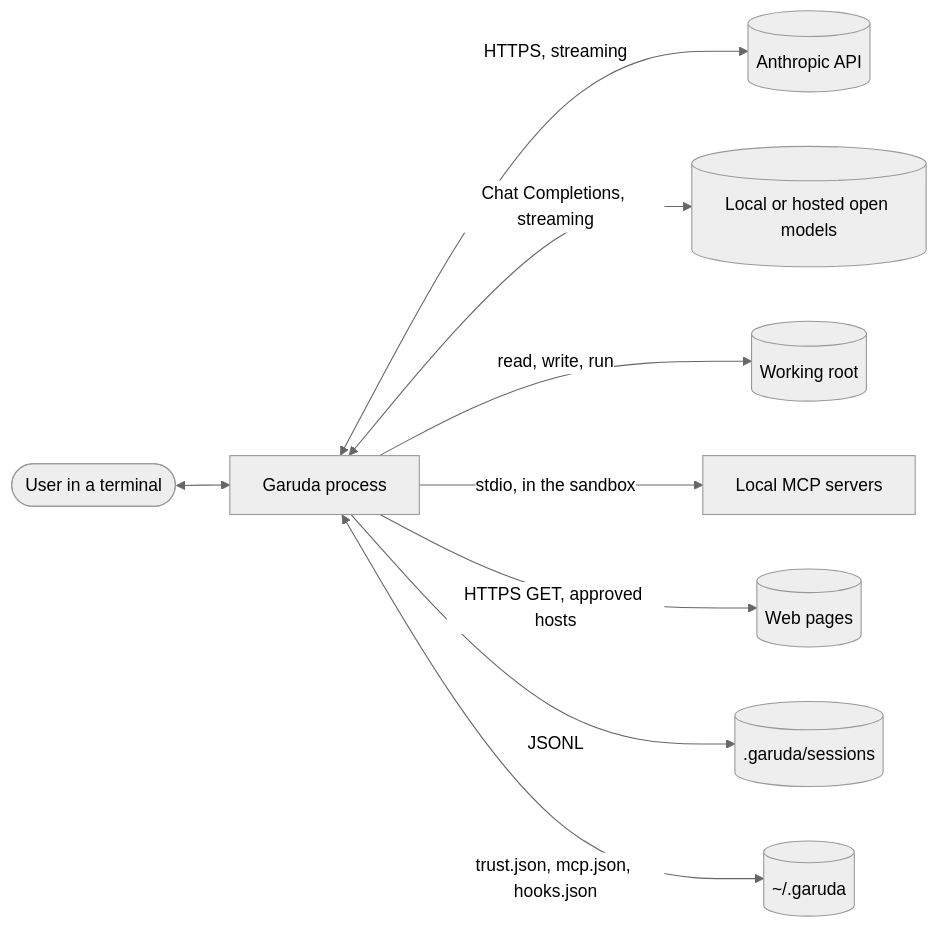
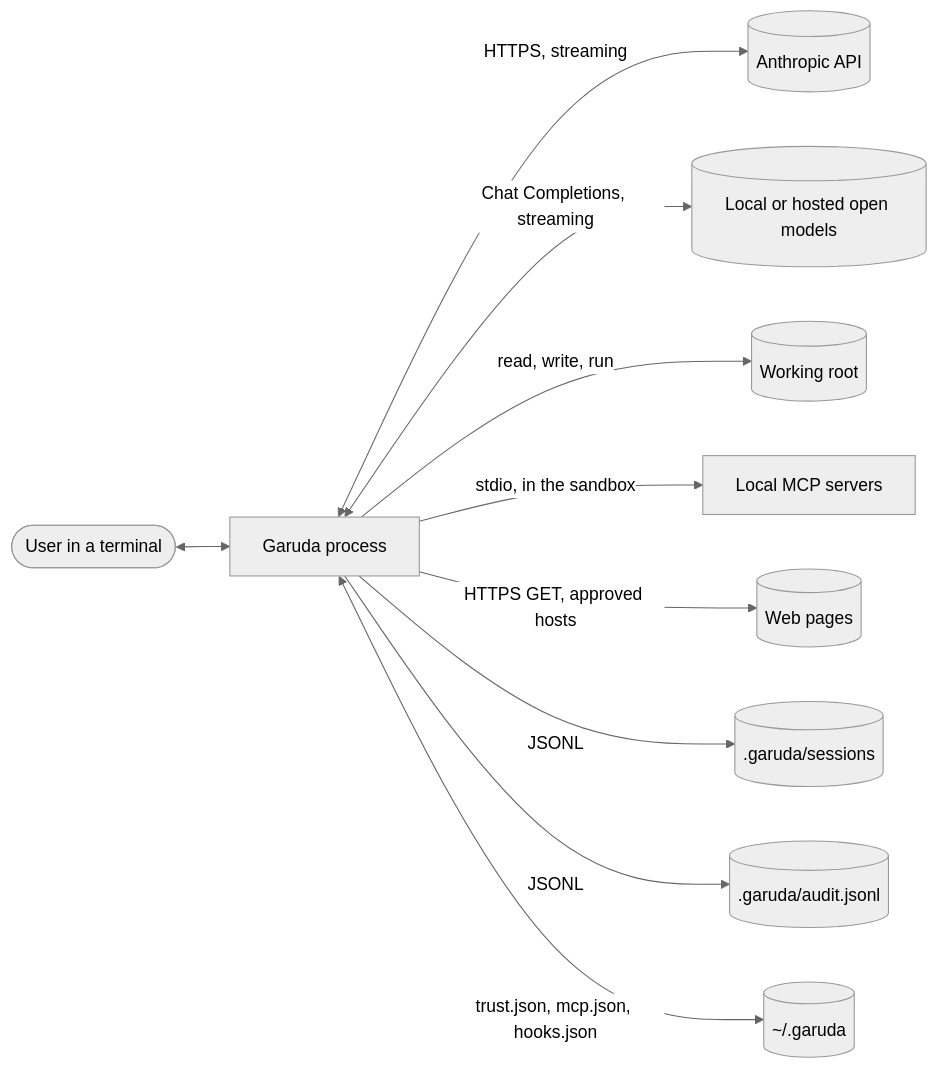
Before and after one commit to madhu-sv/garuda: the first of 3 diagrams in docs/architecture.md, drawn with Mermaid (neutral theme). The commit also changed other lines of this file and 22 other files, not shown here.

````diff
--- a/docs/architecture.md
+++ b/docs/architecture.md
@@ -12,11 +12,12 @@
 ```mermaid
 flowchart LR
   user([User in a terminal]) <--> garuda[Garuda process]
   garuda <-->|HTTPS, streaming| api[(Anthropic API)]
   garuda <-->|Chat Completions, streaming| oss[(Local or hosted open models)]
   garuda -->|read, write, run| repo[(Working root)]
   garuda -->|stdio, in the sandbox| mcp[Local MCP servers]
   garuda -->|HTTPS GET, approved hosts| web[(Web pages)]
   garuda -->|JSONL| sessions[(.garuda/sessions)]
+  garuda -->|JSONL| audit[(.garuda/audit.jsonl)]
   garuda <-->|trust.json, mcp.json, hooks.json| home[(~/.garuda)]
 ```
````
